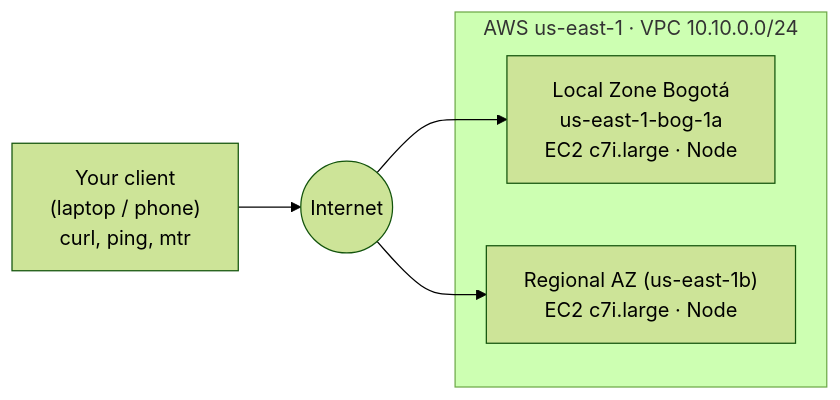
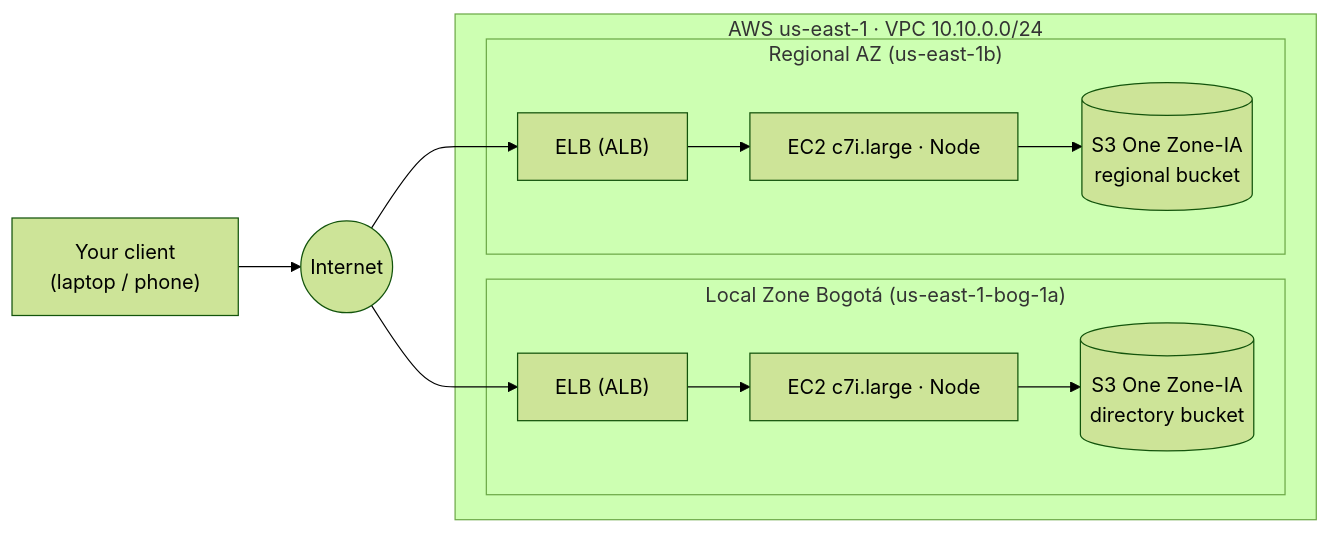
Before and after one commit to VillaviH/aws-localzone-bogota-latency: the diagram in README.md, drawn with Mermaid (forest theme). The commit also changed other lines of this file and 17 other files, not shown here.

Commit message:
Replace CloudFront with ELB + S3 app test; add Bogotá-to-regional-bucket test; dashboard URL params

````diff
--- a/README.md
+++ b/README.md
@@ -15,10 +17,14 @@
 ```mermaid
 flowchart LR
-  C["Your client<br/>(laptop / phone)<br/>curl, ping, mtr"] --> I((Internet))
-  I --> B
-  I --> V
+  C["Your client<br/>(laptop / phone)"] --> I((Internet))
+  I --> LB1
+  I --> LB2
   subgraph R["AWS us-east-1 · VPC 10.10.0.0/24"]
-    B["Local Zone Bogotá<br/>us-east-1-bog-1a<br/>EC2 c7i.large · Node"]
-    V["Regional AZ (us-east-1b)<br/>EC2 c7i.large · Node"]
+    subgraph LZ["Local Zone Bogotá (us-east-1-bog-1a)"]
+      LB1["ELB (ALB)"] --> E1["EC2 c7i.large · Node"] --> S1[("S3 One Zone-IA<br/>directory bucket")]
+    end
+    subgraph VA["Regional AZ (us-east-1b)"]
+      LB2["ELB (ALB)"] --> E2["EC2 c7i.large · Node"] --> S2[("S3 One Zone-IA<br/>regional bucket")]
+    end
   end
 ```
````
